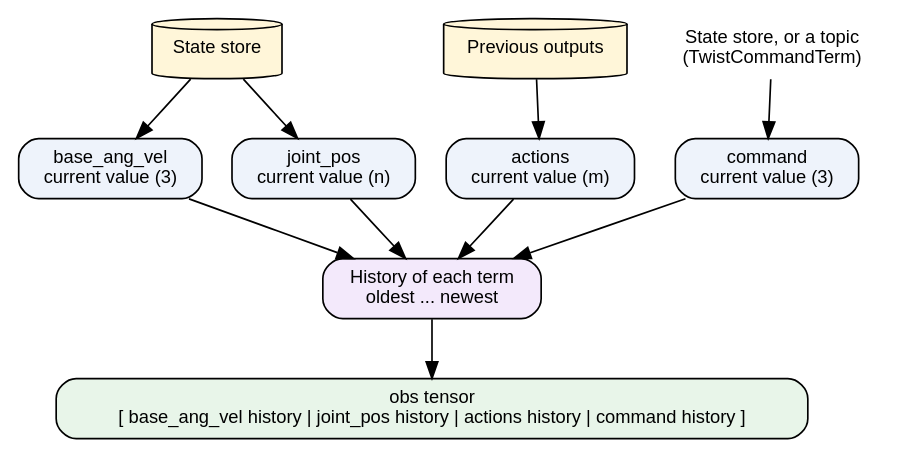
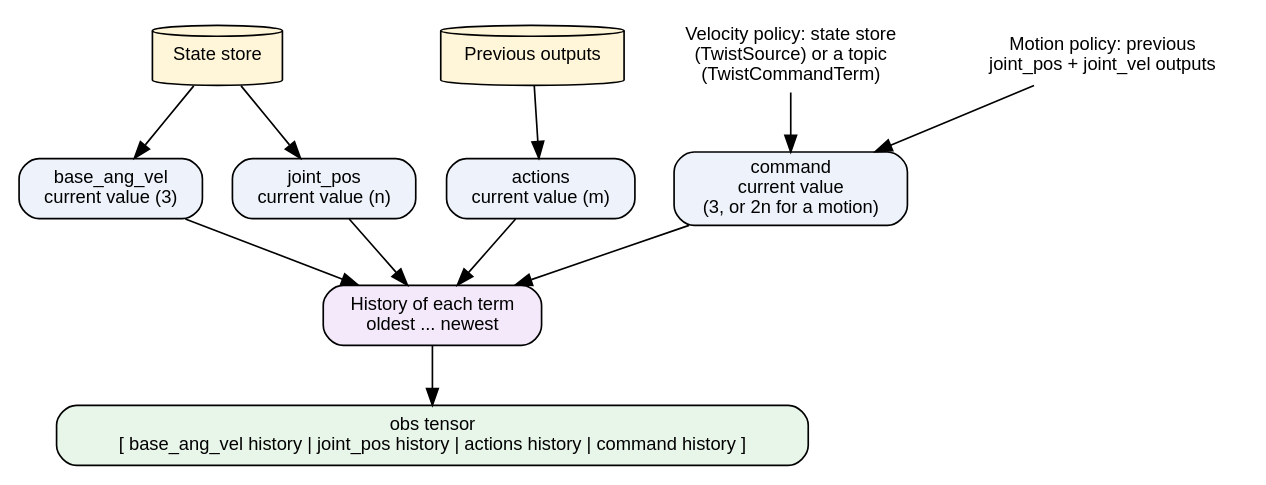
The second of 3 diagrams in docs/mjlab.rst (saikishor/ros2_policy_framework), drawn with Graphviz before and after one commit. The commit also changed other lines of this file, not shown here.

Commit message:
Show the motion command and the initial gains in the mjlab diagrams and correct the gains delivery

```diff
--- a/docs/mjlab.rst
+++ b/docs/mjlab.rst
@@ -33,23 +34,25 @@
 .. graphviz::
 
    digraph observation {
      rankdir=TB;
      node [shape=box, style="rounded,filled", fillcolor="#eef3fb", fontname="Helvetica", fontsize=11];
      edge [fontname="Helvetica", fontsize=10];
      state [label="State store", shape=cylinder, fillcolor="#fff6d9"];
      prev [label="Previous outputs", shape=cylinder, fillcolor="#fff6d9"];
-     topic [label="State store, or a topic\n(TwistCommandTerm)", shape=plaintext, fillcolor=none];
+     topic [label="Velocity policy: state store\n(TwistSource) or a topic\n(TwistCommandTerm)", shape=plaintext, fillcolor=none];
+     motion [label="Motion policy: previous\njoint_pos + joint_vel outputs", shape=plaintext, fillcolor=none];
      t1 [label="base_ang_vel\ncurrent value (3)"];
      t2 [label="joint_pos\ncurrent value (n)"];
      t3 [label="actions\ncurrent value (m)"];
-     t4 [label="command\ncurrent value (3)"];
+     t4 [label="command\ncurrent value\n(3, or 2n for a motion)"];
      h [label="History of each term\noldest ... newest", fillcolor="#f3e9fb"];
      obs [label="obs tensor\n[ base_ang_vel history | joint_pos history | actions history | command history ]",
           fillcolor="#e8f5e9"];
      state -> t1;
      state -> t2;
      prev -> t3;
      topic -> t4;
+     motion -> t4;
      t1 -> h; t2 -> h; t3 -> h; t4 -> h;
      h -> obs;
    }
```
